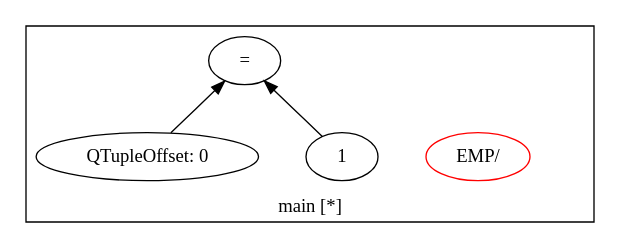
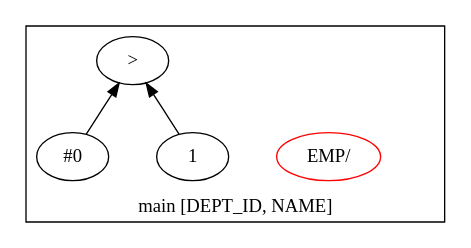
Before and after one commit to adarshpannu/kona: the diagram in qgm.dot, drawn with Graphviz. The commit also changed 13 other files, not shown here.

Commit message:
Compiling flows...

```diff
--- a/qgm.dot
+++ b/qgm.dot
@@ -1,15 +1,15 @@
 digraph example1 {
     rankdir=BT;
     nodesep=0.5;
     ordering="in";
   subgraph cluster_main {
-    label = "main [*]";
+    label = "main [DEPT_ID, NAME]";
     "main_pt"[shape=point, color=white];
     "QUN_0"[label="EMP/ ", color=red]
-    exprnodeNodeId4v1[label="="];
-    exprnodeNodeId2v1 -> exprnodeNodeId4v1;
-    exprnodeNodeId2v1[label="QTupleOffset: 0"];
-    exprnodeNodeId3v1 -> exprnodeNodeId4v1;
-    exprnodeNodeId3v1[label="1"];
+    exprnodeNodeId5v1[label=">"];
+    exprnodeNodeId3v1 -> exprnodeNodeId5v1;
+    exprnodeNodeId3v1[label="#0"];
+    exprnodeNodeId4v1 -> exprnodeNodeId5v1;
+    exprnodeNodeId4v1[label="1"];
 }
 }
```
